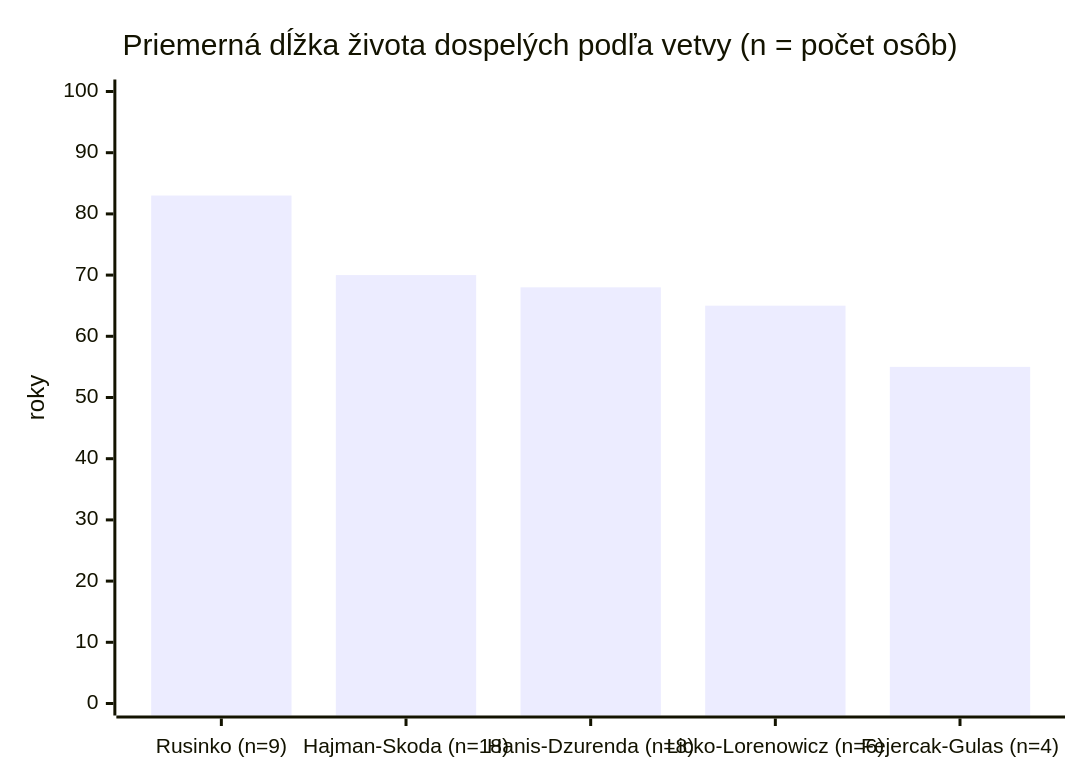
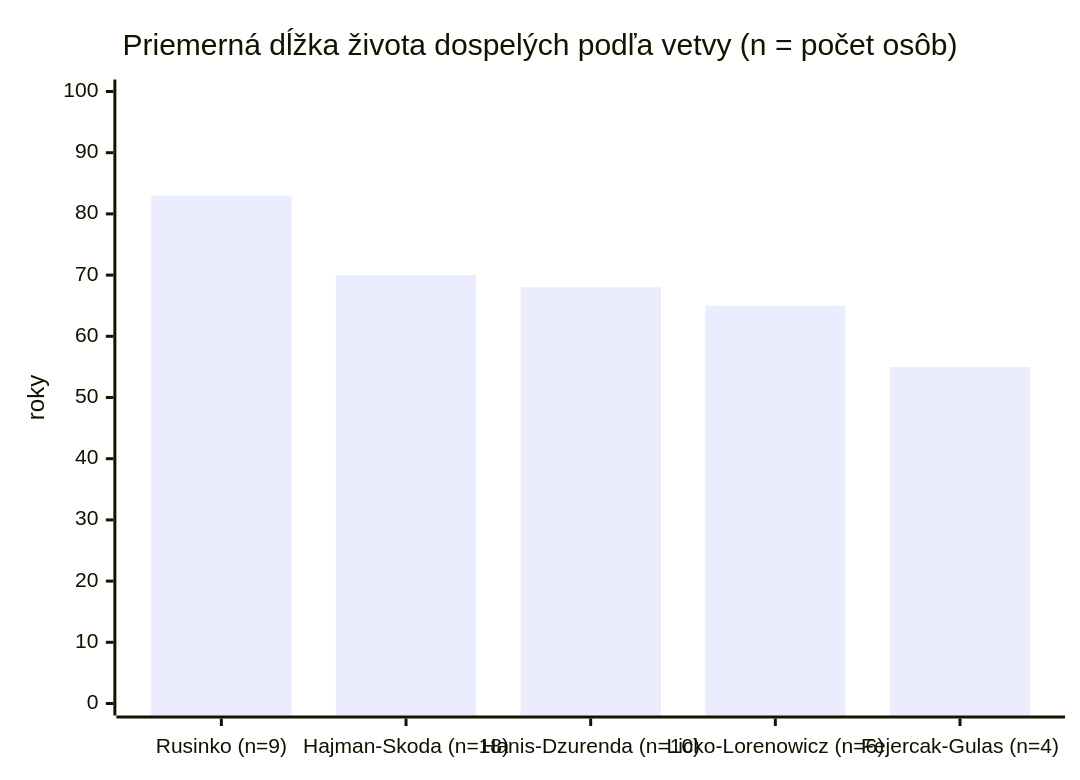
The diagram in docs/statistiky.md (vrusi/genealogia), drawn with Mermaid before and after one commit. The commit also changed other lines of this file and 10 other files, not shown here.

````diff
--- a/docs/statistiky.md
+++ b/docs/statistiky.md
@@ -21,7 +21,7 @@
 ```mermaid
 xychart-beta
     title "Priemerná dĺžka života dospelých podľa vetvy (n = počet osôb)"
-    x-axis ["Rusinko (n=9)", "Hajman-Skoda (n=18)", "Hanis-Dzurenda (n=8)", "Licko-Lorenowicz (n=6)", "Fejercak-Gulas (n=4)"]
+    x-axis ["Rusinko (n=9)", "Hajman-Skoda (n=18)", "Hanis-Dzurenda (n=10)", "Licko-Lorenowicz (n=6)", "Fejercak-Gulas (n=4)"]
     y-axis "roky" 0 --> 100
     bar [83, 70, 68, 65, 55]
 ```
````
